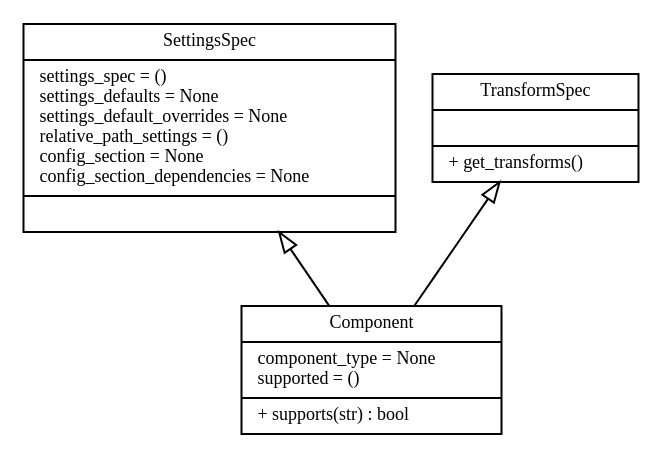
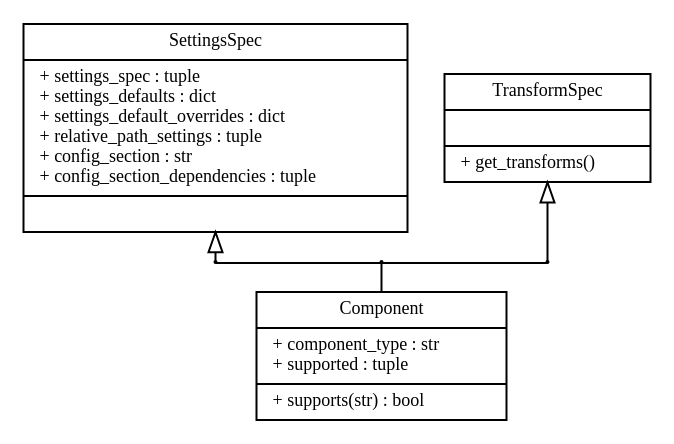
Before and after one commit to showa-yojyo/notebook: the diagram in source/python-docutils/base.dot, drawn with Graphviz. The commit also changed 5 other files, not shown here.

```diff
--- a/source/python-docutils/base.dot
+++ b/source/python-docutils/base.dot
@@ -1,35 +1,61 @@
 digraph G {
     graph [
         fontname = "Bitstream Vera Sans"
         fontsize = 9
+        ranksep = 0.2
+        splines = ortho
     ]
     node [
         fontname = "Bitstream Vera Sans"
         fontsize = 9
         shape = "record"
     ]
+    edge [
+        arrowtail = empty
+        dir = back
+        fontname = "Bitstream Vera Sans"
+        fontsize = 9
+    ]
 
     SettingsSpec [
         label = "{SettingsSpec
-        |settings_spec = ()\lsettings_defaults = None\lsettings_default_overrides = None\lrelative_path_settings = ()\lconfig_section = None\lconfig_section_dependencies = None\l
+        |+ settings_spec : tuple\l+ settings_defaults : dict\l+ settings_default_overrides : dict\l+ relative_path_settings : tuple\l+ config_section : str\l+ config_section_dependencies : tuple\l
         |}"
     ]
     TransformSpec [
         label = "{TransformSpec
         |
         |+ get_transforms()\l}"
     ]
     Component [
         label = "{Component
-        |component_type = None\lsupported = ()\l
+        |+ component_type : str\l+ supported : tuple\l
         |+ supports(str) : bool\l}"
     ]
 
+    { rank = same ; SettingsSpec, TransformSpec }
+
+    // elbow nodes
+    node [
+        shape = circle
+        label = ""
+        height = 0
+        width = 0
+    ]
+
+    { rank = same ; a, b, c }
+
+    //TransformSpec, SettingsSpec -> Component
+    TransformSpec -> a
+    SettingsSpec -> c
+
+    // elbow edges
     edge [
-        arrowhead = "empty"
+        arrowhead = none
+        arrowtail = none
+        dir = none
     ]
-    Component -> TransformSpec, SettingsSpec
 
-    { rank = min; SettingsSpec, TransformSpec }
-    { rank = max; Component }
+    a -> b -> c [ constraint = false ]
+    b -> Component
 }
```
